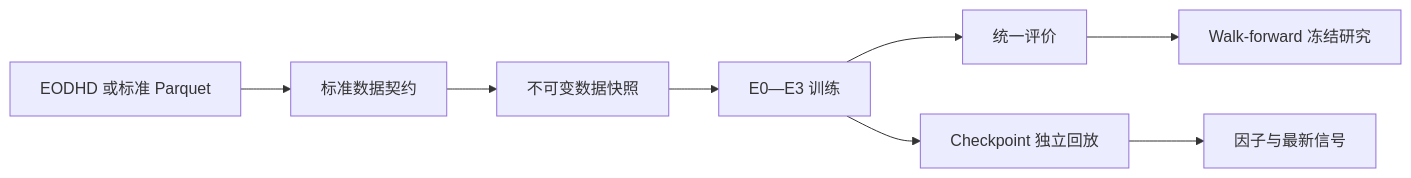
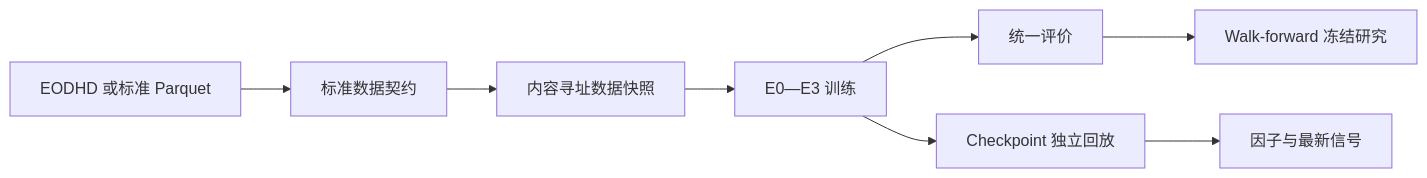
One commit to wwbotww/FacDiggerNN changed the first of 2 diagrams in docs/开发文档.md. Above: the diagram before and after it, drawn with Mermaid. The commit also changed other lines of this file and 17 other files, not shown here.

````diff
--- a/docs/开发文档.md
+++ b/docs/开发文档.md
@@ -15,10 +15,10 @@
 ```mermaid
 flowchart LR
     A["EODHD 或标准 Parquet"] --> B["标准数据契约"]
-    B --> C["不可变数据快照"]
+    B --> C["内容寻址数据快照"]
     C --> D["E0—E3 训练"]
     D --> E["统一评价"]
     E --> F["Walk-forward 冻结研究"]
     D --> G["Checkpoint 独立回放"]
     G --> H["因子与最新信号"]
 ```
````
